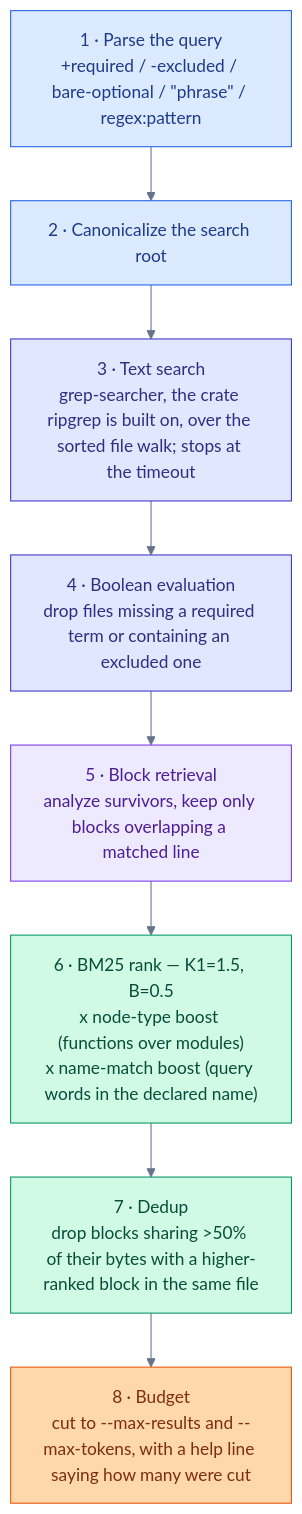
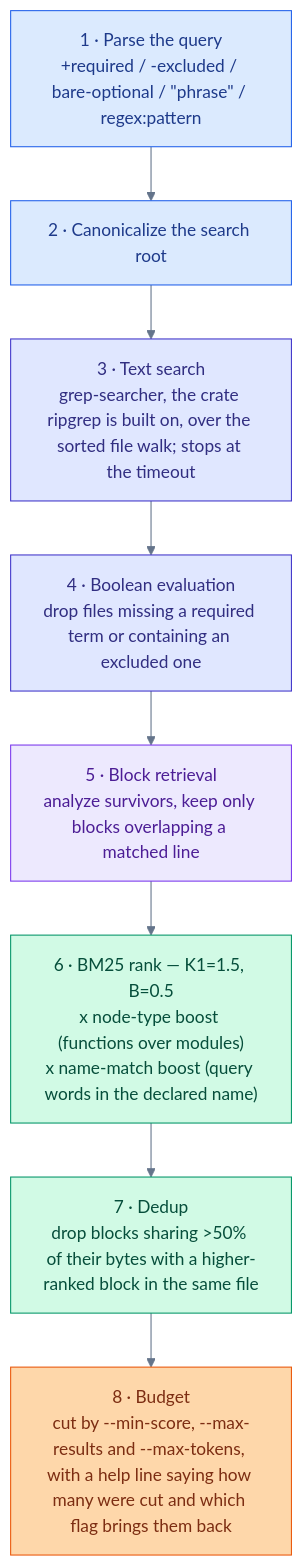
Before and after one commit to orin-dx/monokl: the diagram in ARCHITECTURE.md, drawn with Mermaid. The commit also changed 13 other files, not shown here.

````diff
--- a/ARCHITECTURE.md
+++ b/ARCHITECTURE.md
@@ -19,23 +19,23 @@
 ```mermaid
 %%{init: {'theme': 'base', 'themeVariables': {'lineColor': '#64748b', 'edgeLabelBackground': '#f8fafc', 'fontFamily': 'ui-sans-serif, system-ui, sans-serif'}}}%%
 flowchart TB
     S1["1 · Parse the query<br/>+required / -excluded / bare-optional / #quot;phrase#quot; / regex:pattern"]
     S2["2 · Canonicalize the search root"]
     S3["3 · Text search<br/>grep-searcher, the crate ripgrep is built on, over the sorted file walk; stops at the timeout"]
     S4["4 · Boolean evaluation<br/>drop files missing a required term or containing an excluded one"]
     S5["5 · Block retrieval<br/>analyze survivors, keep only blocks overlapping a matched line"]
     S6["6 · BM25 rank — K1=1.5, B=0.5<br/>x node-type boost (functions over modules)<br/>x name-match boost (query words in the declared name)"]
     S7["7 · Dedup<br/>drop blocks sharing &gt;50% of their bytes with a higher-ranked block in the same file"]
-    S8["8 · Budget<br/>cut to --max-results and --max-tokens, with a help line saying how many were cut"]
+    S8["8 · Budget<br/>cut by --min-score, --max-results and --max-tokens, with a help line saying how many were cut and which flag brings them back"]
 
     S1 --> S2 --> S3 --> S4 --> S5 --> S6 --> S7 --> S8
 
     style S1 fill:#dbeafe,stroke:#2563eb,color:#1e3a8a
     style S2 fill:#dbeafe,stroke:#2563eb,color:#1e3a8a
     style S3 fill:#e0e7ff,stroke:#4338ca,color:#312e81
     style S4 fill:#e0e7ff,stroke:#4338ca,color:#312e81
     style S5 fill:#ede9fe,stroke:#7c3aed,color:#4c1d95
     style S6 fill:#d1fae5,stroke:#059669,color:#064e3b
     style S7 fill:#d1fae5,stroke:#059669,color:#064e3b
     style S8 fill:#fed7aa,stroke:#ea580c,color:#7c2d12
 ```
````
